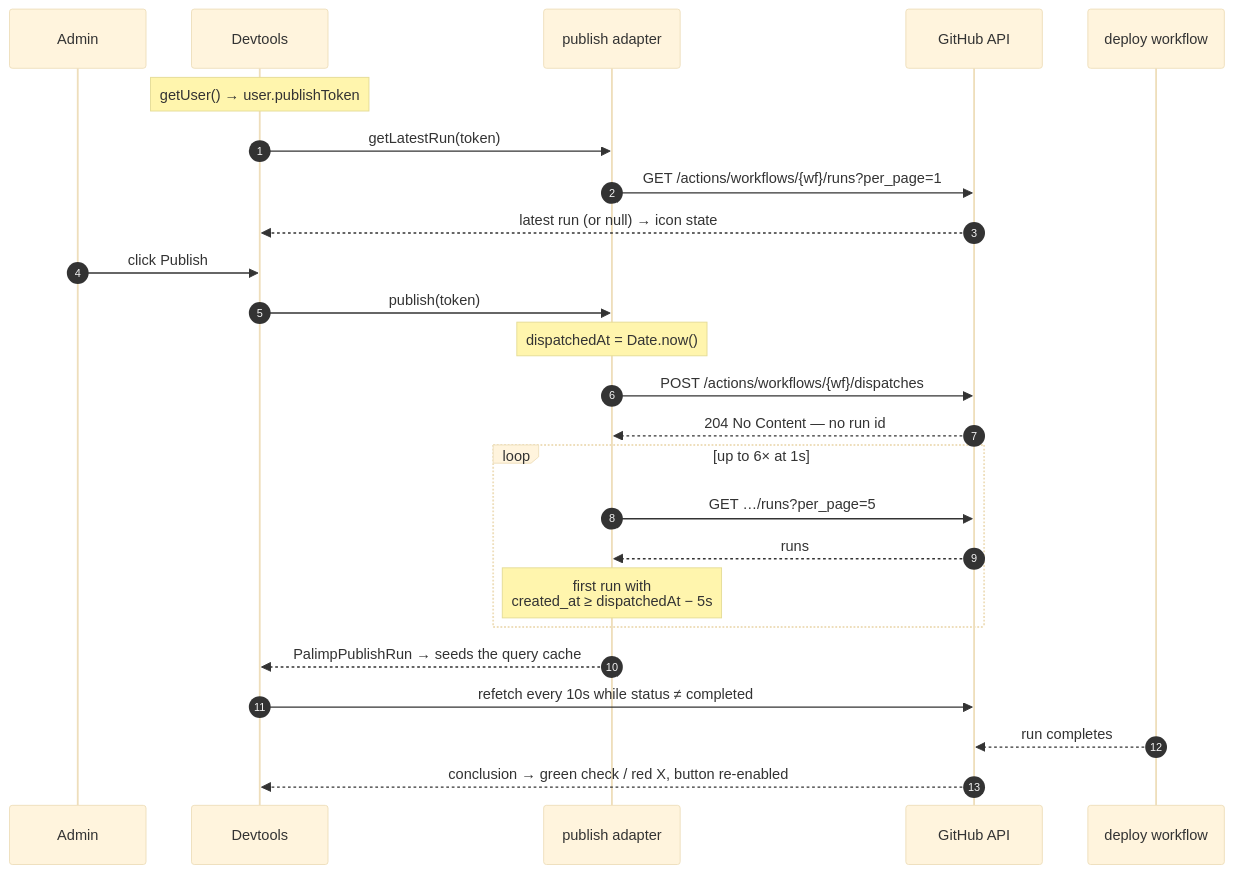
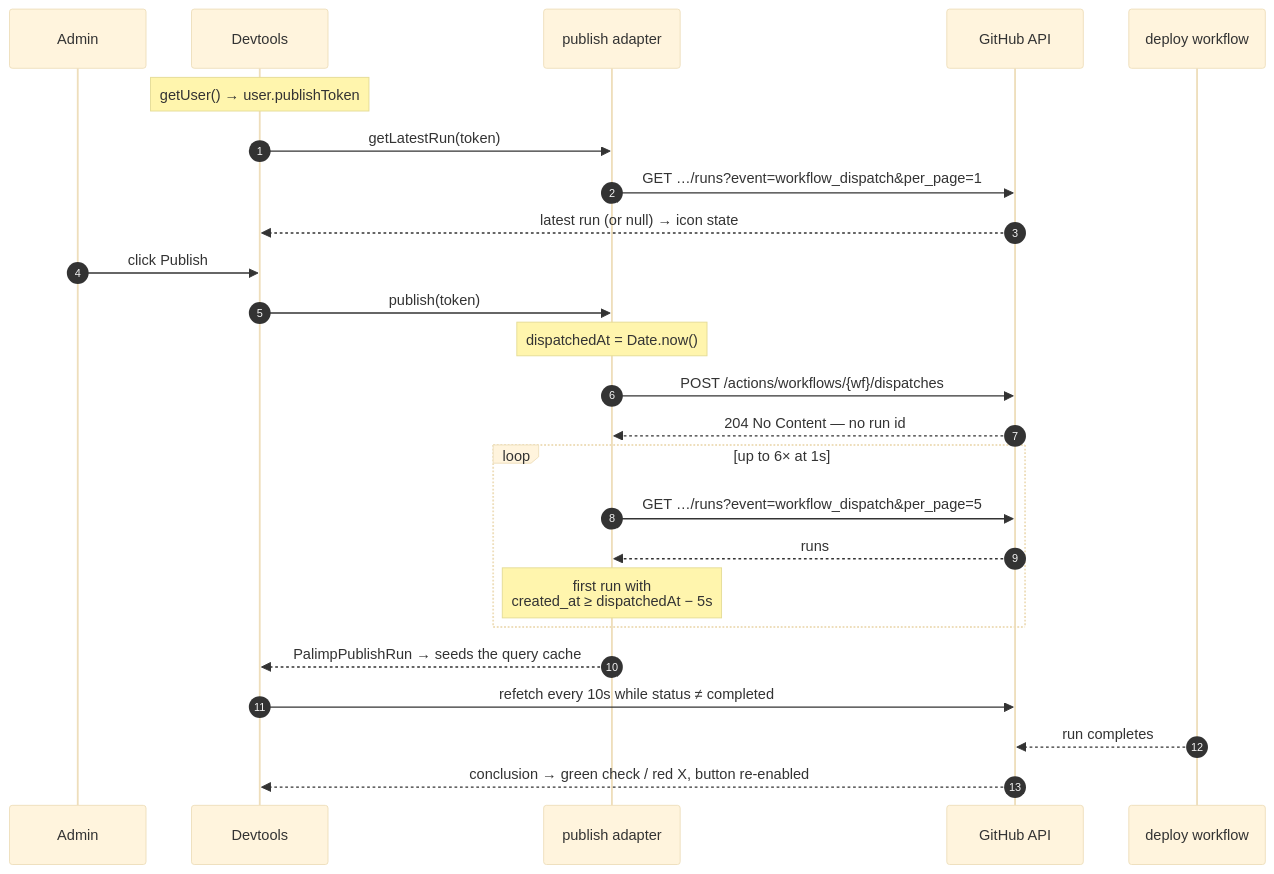
One commit to mishishishi/palimp changed the third of 4 diagrams in docs/architecture.md. Above: the diagram before and after it, drawn with Mermaid (base theme). The commit also changed other lines of this file and 7 other files, not shown here.

````diff
--- a/docs/architecture.md
+++ b/docs/architecture.md
@@ -260,29 +260,29 @@
 ```mermaid
 sequenceDiagram
     autonumber
     participant U as Admin
     participant D as Devtools
     participant A as publish adapter
     participant GH as GitHub API
     participant CI as deploy workflow
 
     Note over D: getUser() → user.publishToken
     D->>A: getLatestRun(token)
-    A->>GH: GET /actions/workflows/{wf}/runs?per_page=1
+    A->>GH: GET …/runs?event=workflow_dispatch&per_page=1
     GH-->>D: latest run (or null) → icon state
 
     U->>D: click Publish
     D->>A: publish(token)
     Note over A: dispatchedAt = Date.now()
     A->>GH: POST /actions/workflows/{wf}/dispatches
     GH-->>A: 204 No Content — no run id
     loop up to 6× at 1s
-        A->>GH: GET …/runs?per_page=5
+        A->>GH: GET …/runs?event=workflow_dispatch&per_page=5
         GH-->>A: runs
         Note over A: first run with<br/>created_at ≥ dispatchedAt − 5s
     end
     A-->>D: PalimpPublishRun → seeds the query cache
     D->>GH: refetch every 10s while status ≠ completed
     CI-->>GH: run completes
     GH-->>D: conclusion → green check / red X, button re-enabled
 ```
````
